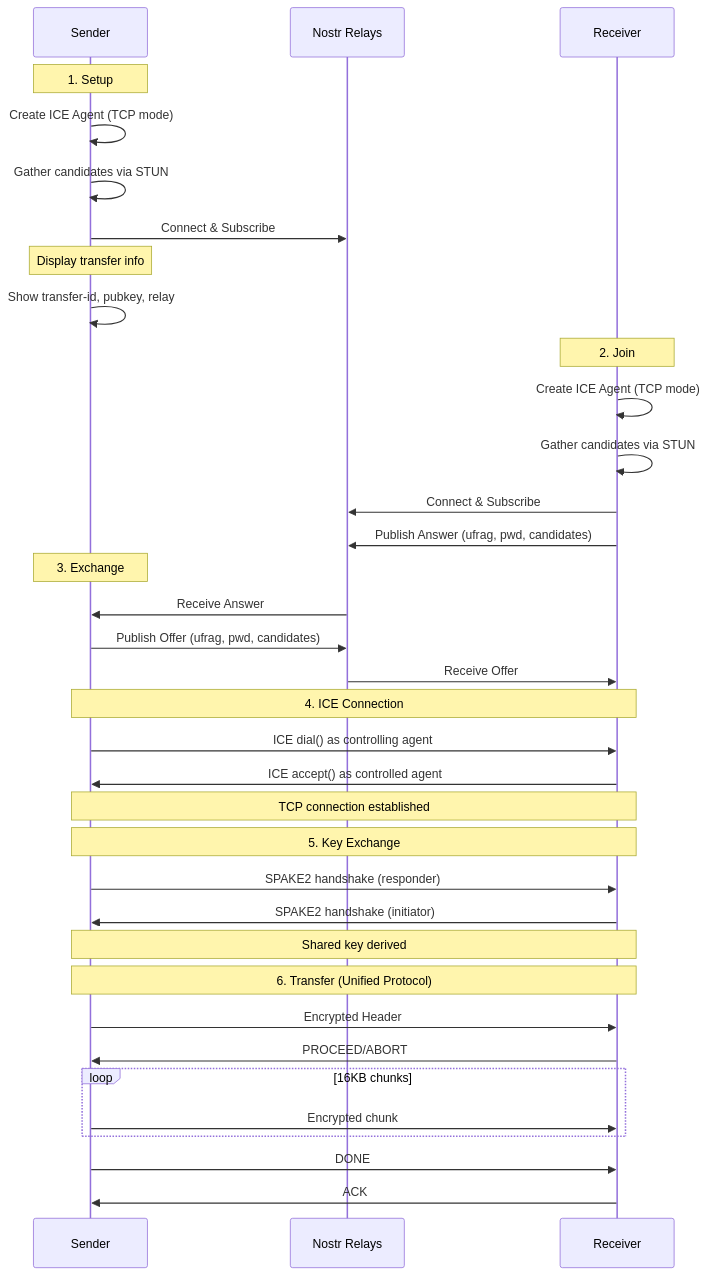
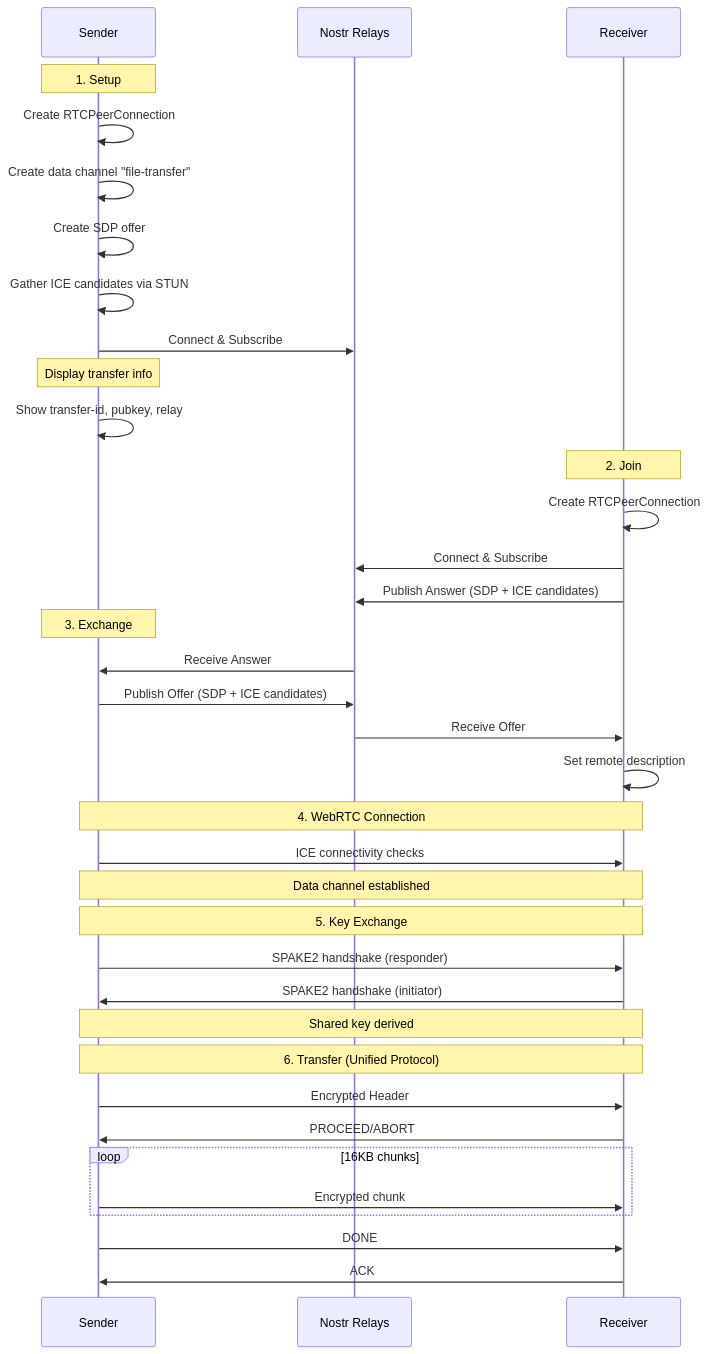
Before and after one commit to andrewtheguy/wormhole-rs: the diagram in crates/wormhole-rs-webrtc/docs/ARCHITECTURE.md, drawn with Mermaid. The commit also changed other lines of this file and 1 other file, not shown here.

Commit message:
refactor: Revise README and ARCHITECTURE documentation to reflect full WebRTC stack implementation and connection flow updates

````diff
--- a/crates/wormhole-rs-webrtc/docs/ARCHITECTURE.md
+++ b/crates/wormhole-rs-webrtc/docs/ARCHITECTURE.md
@@ -21,44 +9,45 @@
 ```mermaid
 sequenceDiagram
     participant Sender
     participant Nostr as Nostr Relays
     participant Receiver
 
     Note over Sender: 1. Setup
-    Sender->>Sender: Create ICE Agent (TCP mode)
-    Sender->>Sender: Gather candidates via STUN
+    Sender->>Sender: Create RTCPeerConnection
+    Sender->>Sender: Create data channel "file-transfer"
+    Sender->>Sender: Create SDP offer
+    Sender->>Sender: Gather ICE candidates via STUN
     Sender->>Nostr: Connect & Subscribe
 
     Note over Sender: Display transfer info
     Sender->>Sender: Show transfer-id, pubkey, relay
 
     Note over Receiver: 2. Join
-    Receiver->>Receiver: Create ICE Agent (TCP mode)
-    Receiver->>Receiver: Gather candidates via STUN
+    Receiver->>Receiver: Create RTCPeerConnection
     Receiver->>Nostr: Connect & Subscribe
-    Receiver->>Nostr: Publish Answer (ufrag, pwd, candidates)
+    Receiver->>Nostr: Publish Answer (SDP + ICE candidates)
 
     Note over Sender: 3. Exchange
     Nostr->>Sender: Receive Answer
-    Sender->>Nostr: Publish Offer (ufrag, pwd, candidates)
+    Sender->>Nostr: Publish Offer (SDP + ICE candidates)
     Nostr->>Receiver: Receive Offer
+    Receiver->>Receiver: Set remote description
 
-    Note over Sender,Receiver: 4. ICE Connection
-    Sender->>Receiver: ICE dial() as controlling agent
-    Receiver->>Sender: ICE accept() as controlled agent
-    Note over Sender,Receiver: TCP connection established
+    Note over Sender,Receiver: 4. WebRTC Connection
+    Sender->>Receiver: ICE connectivity checks
+    Note over Sender,Receiver: Data channel established
 
     Note over Sender,Receiver: 5. Key Exchange
     Sender->>Receiver: SPAKE2 handshake (responder)
     Receiver->>Sender: SPAKE2 handshake (initiator)
     Note over Sender,Receiver: Shared key derived
 
     Note over Sender,Receiver: 6. Transfer (Unified Protocol)
     Sender->>Receiver: Encrypted Header
     Receiver->>Sender: PROCEED/ABORT
     loop 16KB chunks
         Sender->>Receiver: Encrypted chunk
     end
     Sender->>Receiver: DONE
     Receiver->>Sender: ACK
 ```
````
